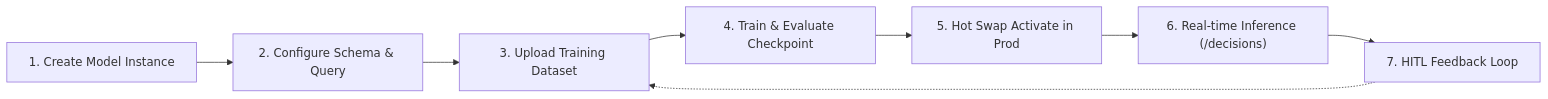
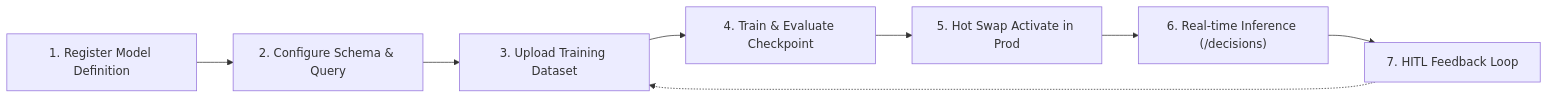
The diagram in packages/zirnay/README.md (vercel/ai), drawn with Mermaid before and after one commit. The commit also changed other lines of this file and 3 other files, not shown here.

Commit message:
refactor(zirnay): rename createModel to registerModel and align docs with model registration

````diff
--- a/packages/zirnay/README.md
+++ b/packages/zirnay/README.md
@@ -26,10 +26,10 @@
 ```mermaid
 flowchart LR
-    A["1. Create Model Instance"] --> B["2. Configure Schema & Query"]
+    A["1. Register Model Definition"] --> B["2. Configure Schema & Query"]
     B --> C["3. Upload Training Dataset"]
     C --> D["4. Train & Evaluate Checkpoint"]
     D --> E["5. Hot Swap Activate in Prod"]
     E --> F["6. Real-time Inference (/decisions)"]
     F --> G["7. HITL Feedback Loop"]
     G -.-> C
 ```
````
